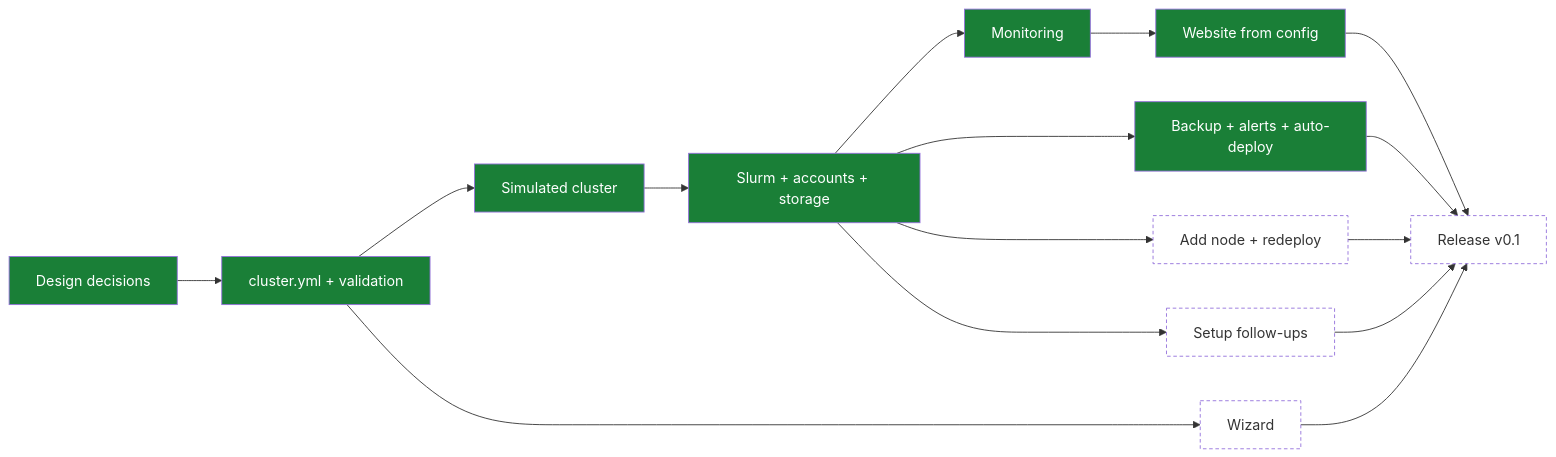
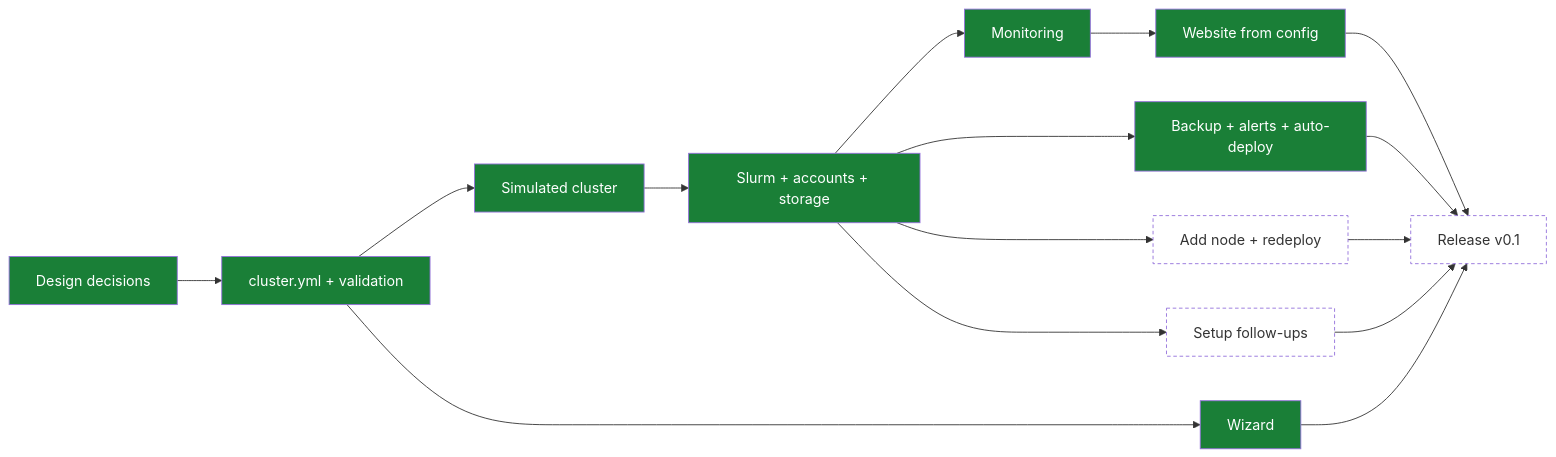
One commit to enajx/nanoHPC changed the diagram in TODO.md. Above: the diagram before and after it, drawn with Mermaid. The commit also changed other lines of this file and 2 other files, not shown here.

First line of the commit message:
Mark the setup wizard done (M7)

````diff
--- a/TODO.md
+++ b/TODO.md
@@ -11,21 +11,21 @@
 ```mermaid
 flowchart LR
   classDef done fill:#1a7f37,color:#fff
   classDef wip fill:#d4a72c,color:#000
   classDef queued fill:none,stroke-dasharray:4 3
 
   D[Design decisions]:::done --> C[cluster.yml + validation]:::done
   C --> SIM[Simulated cluster]:::done
   SIM --> S[Slurm + accounts + storage]:::done
   S --> M[Monitoring]:::done
   M --> W[Website from config]:::done
   S --> BK[Backup + alerts + auto-deploy]:::done
-  C --> WZ[Wizard]:::queued
+  C --> WZ[Wizard]:::done
   S --> N[Add node + redeploy]:::queued
   W --> R[Release v0.1]:::queued
   BK --> R
   WZ --> R
   N --> R
   S --> F[Setup follow-ups]:::queued
   F --> R
 ```
````
